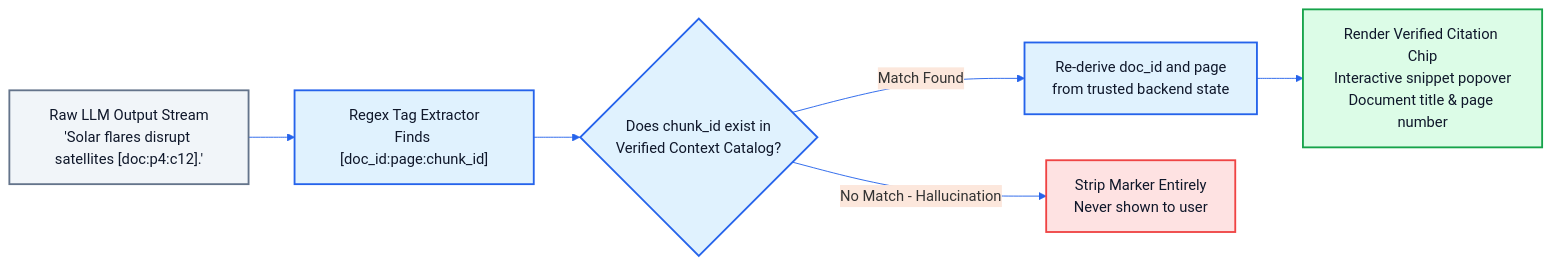
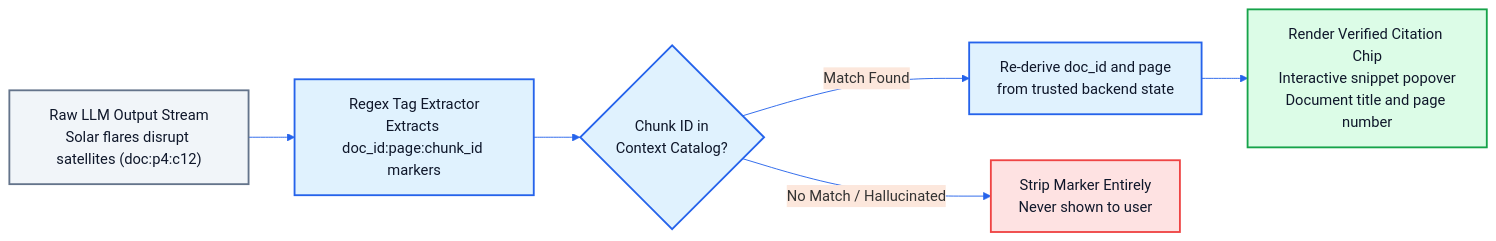
The fourth of 4 diagrams in README.md (Pavan048/CITE-RAG), drawn with Mermaid before and after one commit. The commit also changed other lines of this file, not shown here.

Commit message:
fix(docs): resolve mermaid syntax errors in README diagrams for GitHub rendering

````diff
--- a/README.md
+++ b/README.md
@@ -229,21 +230,21 @@
 ```mermaid
 %%{init: {"theme": "base", "themeVariables": {"primaryColor": "#dcfce7", "primaryBorderColor": "#16a34a", "lineColor": "#2563eb", "fontFamily": "Inter, Arial"}}}%%
 flowchart LR
   classDef cSource fill:#f1f5f9,stroke:#64748b,stroke-width:2px,color:#0f172a;
   classDef cVerified fill:#dcfce7,stroke:#16a34a,stroke-width:2px,color:#0f172a;
   classDef cDropped fill:#fee2e2,stroke:#ef4444,stroke-width:2px,color:#0f172a;
   classDef cAction fill:#e0f2fe,stroke:#2563eb,stroke-width:2px,color:#0f172a;
 
-  LLM["Raw LLM Output Stream<br/>'Solar flares disrupt satellites #91;doc:p4:c12#93;.'"] --> Parse["Regex Tag Extractor<br/>Finds #91;doc_id:page:chunk_id#93;"]
-  Parse --> Check{"Does chunk_id exist in<br/>Verified Context Catalog?"}
+  LLM["Raw LLM Output Stream<br/>Solar flares disrupt satellites (doc:p4:c12)"] --> Parse["Regex Tag Extractor<br/>Extracts doc_id:page:chunk_id markers"]
+  Parse --> Check{"Chunk ID in<br/>Context Catalog?"}
   
   Check -->|Match Found| ReDerive["Re-derive doc_id and page<br/>from trusted backend state"]
-  ReDerive --> UIChip["Render Verified Citation Chip<br/>Interactive snippet popover<br/>Document title & page number"]
+  ReDerive --> UIChip["Render Verified Citation Chip<br/>Interactive snippet popover<br/>Document title and page number"]
 
-  Check -->|No Match - Hallucination| Strip["Strip Marker Entirely<br/>Never shown to user"]
+  Check -->|No Match / Hallucinated| Strip["Strip Marker Entirely<br/>Never shown to user"]
 
-  class LLM cSource
-  class Parse,Check,ReDerive cAction
-  class UIChip cVerified
-  class Strip cDropped
+  class LLM cSource;
+  class Parse,Check,ReDerive cAction;
+  class UIChip cVerified;
+  class Strip cDropped;
 ```
````
